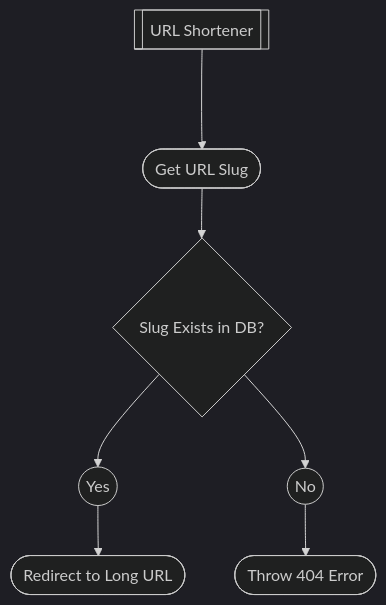
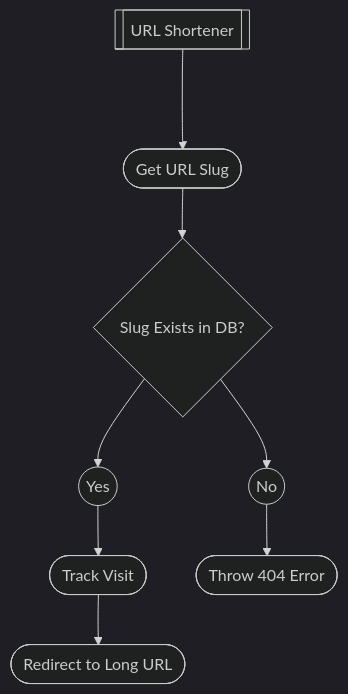
Before and after one commit to tighten/mon-petit: the first of 2 diagrams in docs/0000-url-shortener-feature.md, drawn with Mermaid (dark theme). The commit also changed other lines of this file and 87 other files, not shown here.

````diff
--- a/docs/0000-url-shortener-feature.md
+++ b/docs/0000-url-shortener-feature.md
@@ -21,9 +21,10 @@
 ```mermaid
 graph TD
     A[[URL Shortener]] ---> B([Get URL Slug])
     B --> C{Slug Exists in DB?}
     C --> D((Yes))
     C --> E((No))
-    D --> F([Redirect to Long URL])
-    E --> G([Throw 404 Error])
+    D --> F([Track Visit])
+    F --> G([Redirect to Long URL])
+    E --> H([Throw 404 Error])
 ```
````
